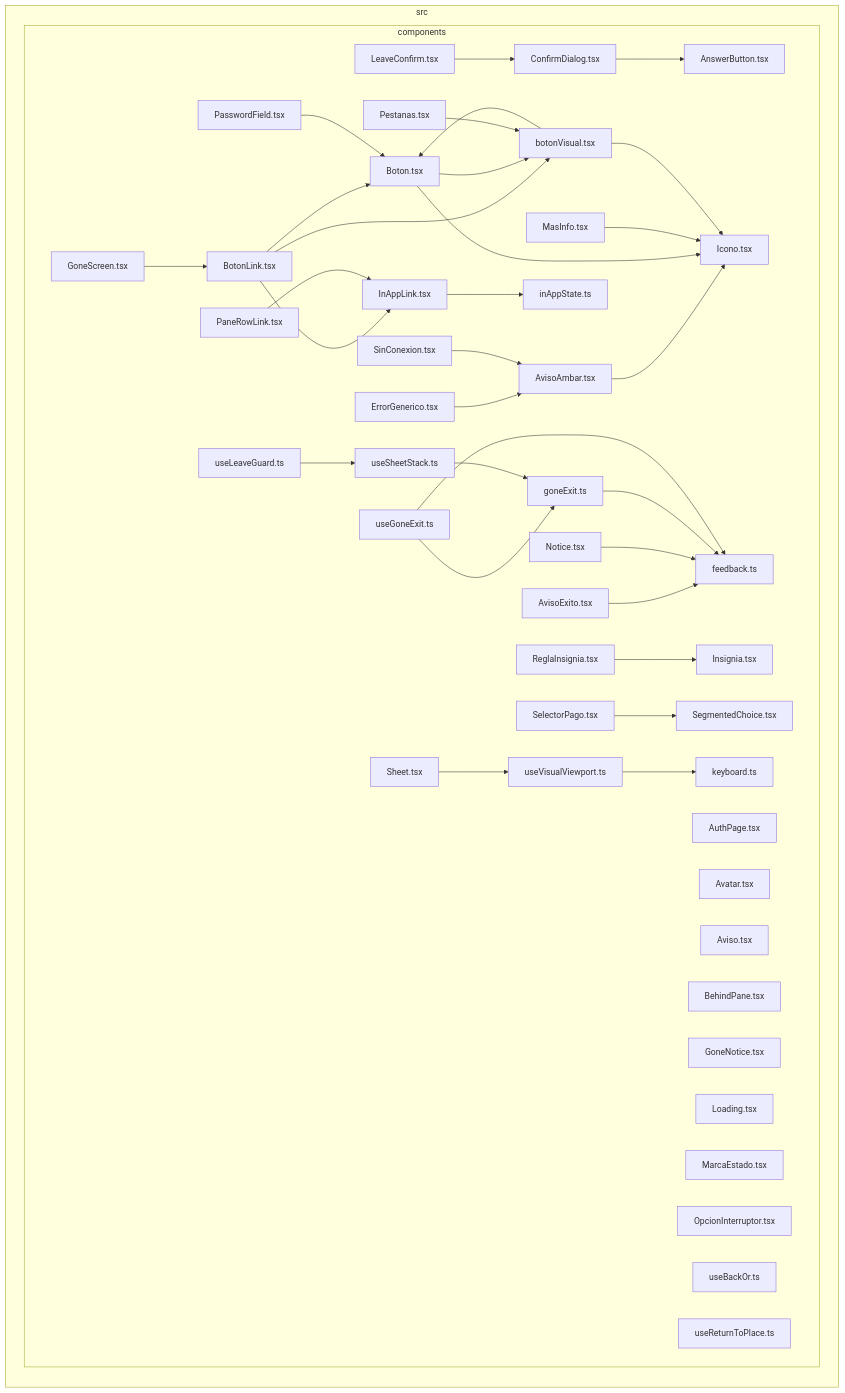
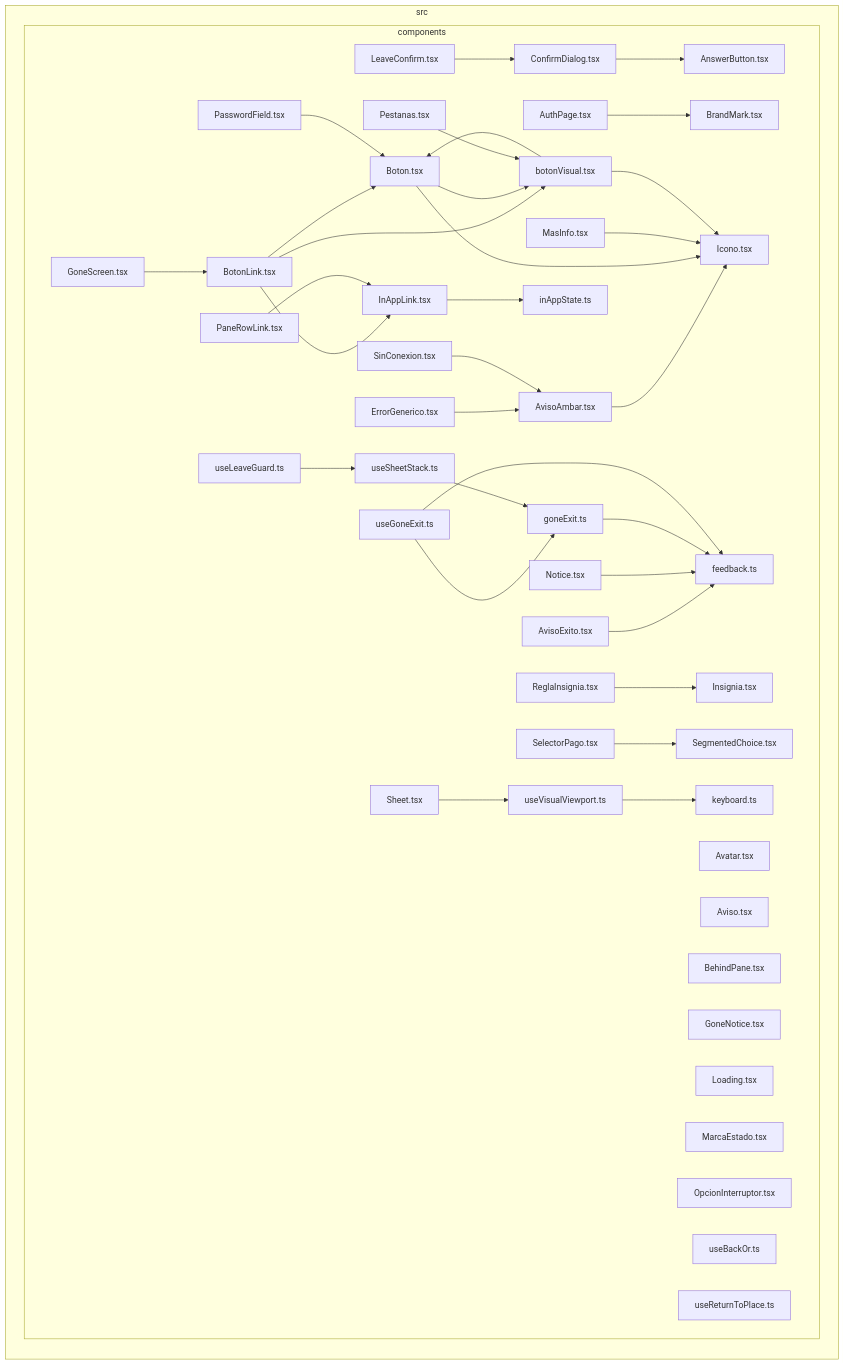
One commit to GonzaloZevallos/apostrophe changed the diagram in docs/architecture/generated/front-modules/components.md. Above: the diagram before and after it, drawn with Mermaid.

Commit message:
Regenerate the front-modules diagram for BrandMark
The docs job regenerates docs/architecture/generated and fails on any diff; BrandMark and its AuthPage import were missing.

````diff
--- a/docs/architecture/generated/front-modules/components.md
+++ b/docs/architecture/generated/front-modules/components.md
@@ -7,77 +7,79 @@
 ```mermaid
 flowchart LR
 subgraph src["src"]
   subgraph src_components["components"]
     src_components_AnswerButton_tsx["AnswerButton.tsx"]
     src_components_AuthPage_tsx["AuthPage.tsx"]
     src_components_Avatar_tsx["Avatar.tsx"]
     src_components_AvisoAmbar_tsx["AvisoAmbar.tsx"]
     src_components_AvisoExito_tsx["AvisoExito.tsx"]
     src_components_Aviso_tsx["Aviso.tsx"]
     src_components_BehindPane_tsx["BehindPane.tsx"]
     src_components_BotonLink_tsx["BotonLink.tsx"]
     src_components_Boton_tsx["Boton.tsx"]
+    src_components_BrandMark_tsx["BrandMark.tsx"]
     src_components_ConfirmDialog_tsx["ConfirmDialog.tsx"]
     src_components_ErrorGenerico_tsx["ErrorGenerico.tsx"]
     src_components_GoneNotice_tsx["GoneNotice.tsx"]
     src_components_GoneScreen_tsx["GoneScreen.tsx"]
     src_components_Icono_tsx["Icono.tsx"]
     src_components_InAppLink_tsx["InAppLink.tsx"]
     src_components_Insignia_tsx["Insignia.tsx"]
     src_components_LeaveConfirm_tsx["LeaveConfirm.tsx"]
     src_components_Loading_tsx["Loading.tsx"]
     src_components_MarcaEstado_tsx["MarcaEstado.tsx"]
     src_components_MasInfo_tsx["MasInfo.tsx"]
     src_components_Notice_tsx["Notice.tsx"]
     src_components_OpcionInterruptor_tsx["OpcionInterruptor.tsx"]
     src_components_PaneRowLink_tsx["PaneRowLink.tsx"]
     src_components_PasswordField_tsx["PasswordField.tsx"]
     src_components_Pestanas_tsx["Pestanas.tsx"]
     src_components_ReglaInsignia_tsx["ReglaInsignia.tsx"]
     src_components_SegmentedChoice_tsx["SegmentedChoice.tsx"]
     src_components_SelectorPago_tsx["SelectorPago.tsx"]
     src_components_Sheet_tsx["Sheet.tsx"]
     src_components_SinConexion_tsx["SinConexion.tsx"]
     src_components_botonVisual_tsx["botonVisual.tsx"]
     src_components_feedback_ts["feedback.ts"]
     src_components_goneExit_ts["goneExit.ts"]
     src_components_inAppState_ts["inAppState.ts"]
     src_components_keyboard_ts["keyboard.ts"]
     src_components_useBackOr_ts["useBackOr.ts"]
     src_components_useGoneExit_ts["useGoneExit.ts"]
     src_components_useLeaveGuard_ts["useLeaveGuard.ts"]
     src_components_useReturnToPlace_ts["useReturnToPlace.ts"]
     src_components_useSheetStack_ts["useSheetStack.ts"]
     src_components_useVisualViewport_ts["useVisualViewport.ts"]
   end
 end
+src_components_AuthPage_tsx-->src_components_BrandMark_tsx
 src_components_AvisoAmbar_tsx-->src_components_Icono_tsx
 src_components_AvisoExito_tsx-->src_components_feedback_ts
 src_components_BotonLink_tsx-->src_components_Boton_tsx
 src_components_BotonLink_tsx-->src_components_InAppLink_tsx
 src_components_BotonLink_tsx-->src_components_botonVisual_tsx
 src_components_Boton_tsx-->src_components_Icono_tsx
 src_components_Boton_tsx-->src_components_botonVisual_tsx
 src_components_ConfirmDialog_tsx-->src_components_AnswerButton_tsx
 src_components_ErrorGenerico_tsx-->src_components_AvisoAmbar_tsx
 src_components_GoneScreen_tsx-->src_components_BotonLink_tsx
 src_components_InAppLink_tsx-->src_components_inAppState_ts
 src_components_LeaveConfirm_tsx-->src_components_ConfirmDialog_tsx
 src_components_MasInfo_tsx-->src_components_Icono_tsx
 src_components_Notice_tsx-->src_components_feedback_ts
 src_components_PaneRowLink_tsx-->src_components_InAppLink_tsx
 src_components_PasswordField_tsx-->src_components_Boton_tsx
 src_components_Pestanas_tsx-->src_components_botonVisual_tsx
 src_components_ReglaInsignia_tsx-->src_components_Insignia_tsx
 src_components_SelectorPago_tsx-->src_components_SegmentedChoice_tsx
 src_components_Sheet_tsx-->src_components_useVisualViewport_ts
 src_components_SinConexion_tsx-->src_components_AvisoAmbar_tsx
 src_components_botonVisual_tsx-->src_components_Boton_tsx
 src_components_botonVisual_tsx-->src_components_Icono_tsx
 src_components_goneExit_ts-->src_components_feedback_ts
 src_components_useGoneExit_ts-->src_components_feedback_ts
 src_components_useGoneExit_ts-->src_components_goneExit_ts
 src_components_useLeaveGuard_ts-->src_components_useSheetStack_ts
 src_components_useSheetStack_ts-->src_components_goneExit_ts
 src_components_useVisualViewport_ts-->src_components_keyboard_ts
 ```
````
